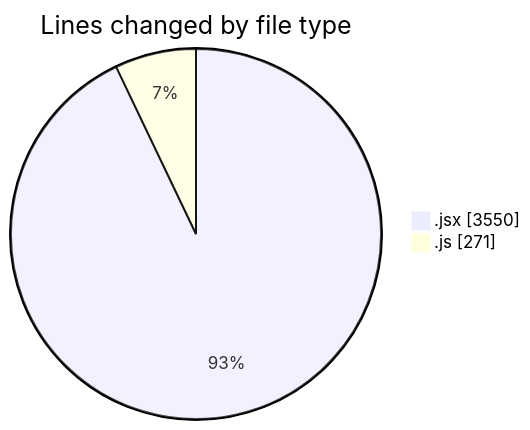
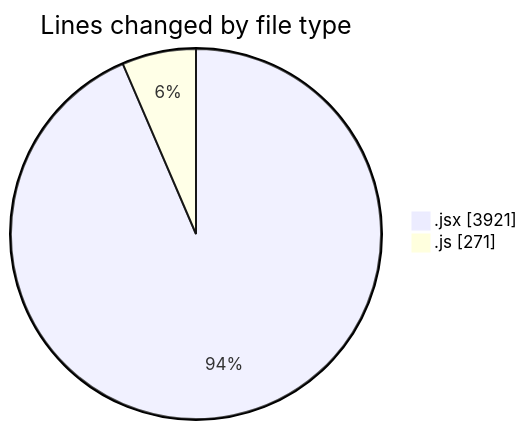
Before and after one commit to nxtqubesakshisongat/code-tracking: the first of 2 diagrams in 2025-05-19/nxtqube_webapp/README.md, drawn with Mermaid. The commit also changed other lines of this file and 1 other file, not shown here.

````diff
--- a/2025-05-19/nxtqube_webapp/README.md
+++ b/2025-05-19/nxtqube_webapp/README.md
@@ -28,6 +28,6 @@
 ```mermaid
 pie showData
 title Lines changed by file type
-".jsx" : 3550
+".jsx" : 3921
 ".js" : 271
 ```
````
